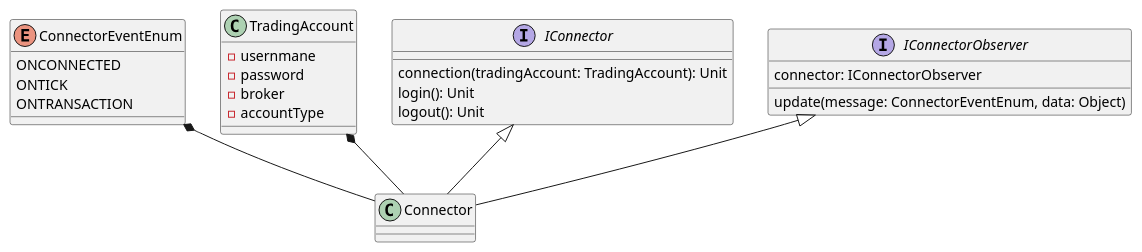
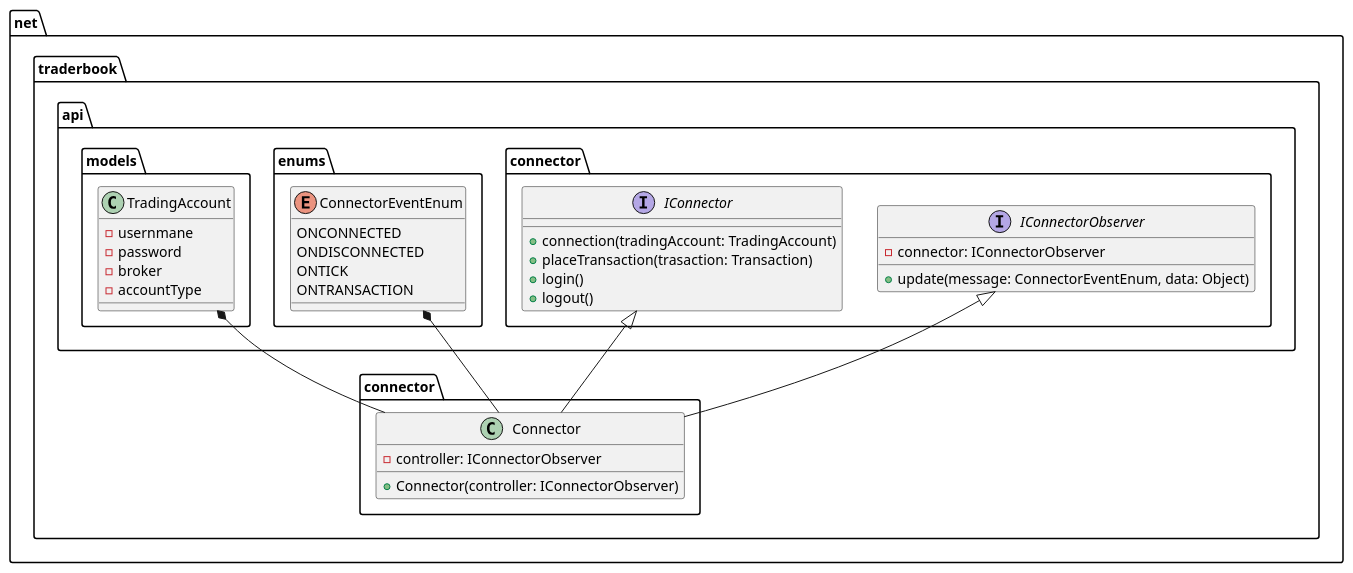
The first of 2 diagrams in dev-docs/specs/techniques/stdconnector.adoc (traderbook/documentation), drawn with PlantUML before and after one commit. The commit also changed other lines of this file and 109 other files, not shown here.

```diff
--- a/dev-docs/specs/techniques/stdconnector.adoc
+++ b/dev-docs/specs/techniques/stdconnector.adoc
@@ -9,33 +10,46 @@
 [plantuml, format="svg"]
 ....
-enum ConnectorEventEnum {
-  ONCONNECTED
-  ONTICK
-  ONTRANSACTION
+package net.traderbook.api.connector {
+  interface IConnectorObserver {
+      - connector: IConnectorObserver
+      + update(message: ConnectorEventEnum, data: Object)
+  }
+
+  interface IConnector {
+      + connection(tradingAccount: TradingAccount)
+      + placeTransaction(trasaction: Transaction)
+      + login()
+      + logout()
+  }
 }
 
-class TradingAccount {
-    - usernmane
-    - password
-    - broker
-    - accountType
+package net.traderbook.connector {
+  class Connector {
+    - controller: IConnectorObserver
+    + Connector(controller: IConnectorObserver)
+  }
 }
 
-interface IConnector {
-  connection(tradingAccount: TradingAccount): Unit
-  login(): Unit
-  logout(): Unit
+package net.traderbook.api.enums {
+    enum ConnectorEventEnum {
+      ONCONNECTED
+      ONDISCONNECTED
+      ONTICK
+      ONTRANSACTION
+    }
 }
 
-interface IConnectorObserver {
-  connector: IConnectorObserver
-  update(message: ConnectorEventEnum, data: Object)
+package net.traderbook.api.models {
+    class TradingAccount {
+        - usernmane
+        - password
+        - broker
+        - accountType
+    }
 }
-
-class Connector
 
 IConnector <|-- Connector
 IConnectorObserver <|-- Connector
 TradingAccount *-- Connector
 ConnectorEventEnum *-- Connector
 ....
```
